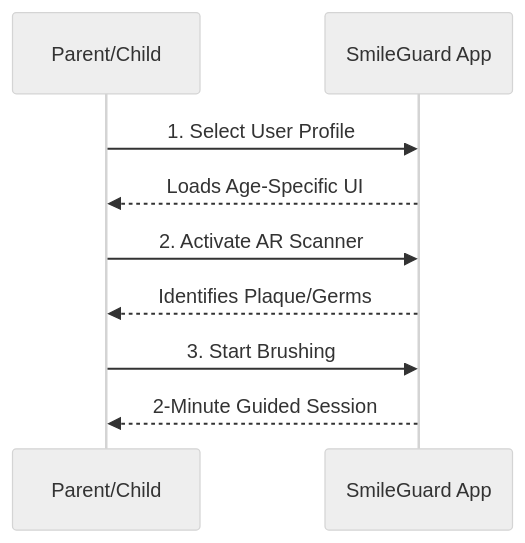
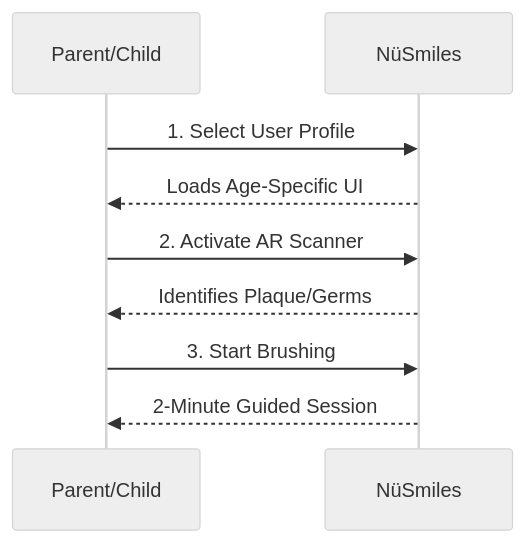
One commit to AnandBinuArjun/nnnnnnnnn changed the diagram in README.md. Above: the diagram before and after it, drawn with Mermaid (neutral theme). The commit also changed other lines of this file, not shown here.

Commit message:
Fix application name and improve README formatting
Updated the README to correct the application name and ensure proper formatting.

````diff
--- a/README.md
+++ b/README.md
@@ -13,11 +13,11 @@
 ```mermaid
 sequenceDiagram
     participant P as Parent/Child
-    participant A as SmileGuard App
+    participant A as NüSmiles
     P->>A: 1. Select User Profile
     A-->>P: Loads Age-Specific UI
     P->>A: 2. Activate AR Scanner
     A-->>P: Identifies Plaque/Germs
     P->>A: 3. Start Brushing
     A-->>P: 2-Minute Guided Session
 ```
````
